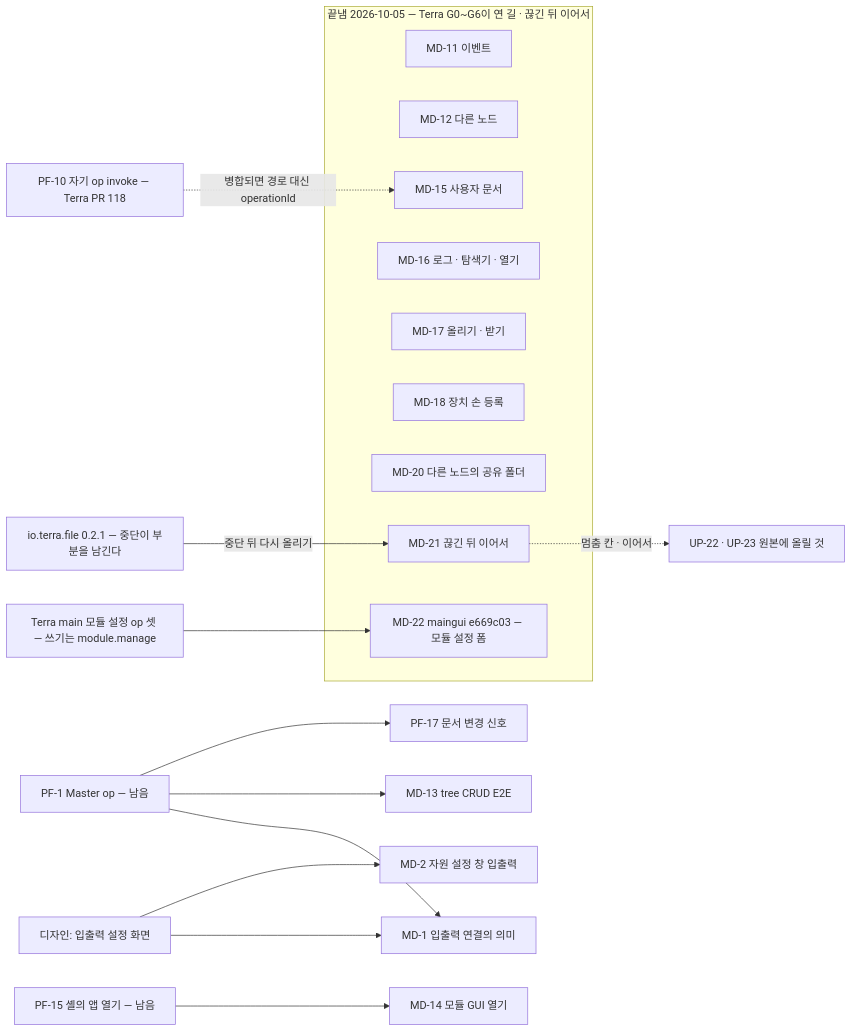
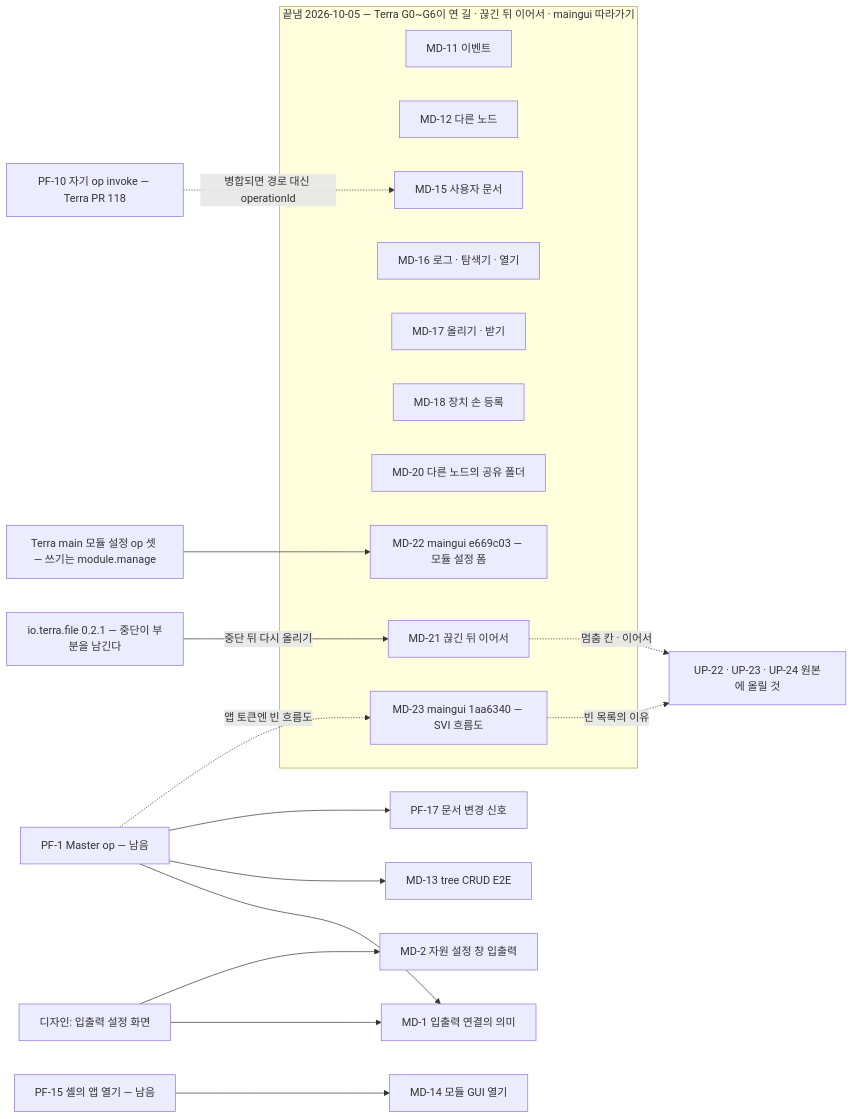
One commit to StellaxiaLab/modules changed the diagram in common/lab.stellaxia.node-gui/web/docs/guides/implementation-backlog.md. Above: the diagram before and after it, drawn with Mermaid. The commit also changed other lines of this file and 8 other files, not shown here.

First line of the commit message:
docs(node-gui): SVI 흐름도(MD-23) · maingui 1aa6340 — 실데이터 층 · 백로그 · 시험 · 연동 문서

````diff
--- a/common/lab.stellaxia.node-gui/web/docs/guides/implementation-backlog.md
+++ b/common/lab.stellaxia.node-gui/web/docs/guides/implementation-backlog.md
@@ -51,24 +52,27 @@
 ```mermaid
 flowchart LR
-  subgraph DONE["끝냄 2026-10-05 — Terra G0~G6이 연 길 · 끊긴 뒤 이어서"]
+  subgraph DONE["끝냄 2026-10-05 — Terra G0~G6이 연 길 · 끊긴 뒤 이어서 · maingui 따라가기"]
     MD11["MD-11 이벤트"]
     MD12["MD-12 다른 노드"]
     MD15["MD-15 사용자 문서"]
     MD16["MD-16 로그 · 탐색기 · 열기"]
     MD17["MD-17 올리기 · 받기"]
     MD18["MD-18 장치 손 등록"]
     MD20["MD-20 다른 노드의 공유 폴더"]
     MD21["MD-21 끊긴 뒤 이어서"]
     MD22["MD-22 maingui e669c03 — 모듈 설정 폼"]
+    MD23["MD-23 maingui 1aa6340 — SVI 흐름도"]
   end
   CFG["Terra main 모듈 설정 op 셋 — 쓰기는 module.manage"] --> MD22
   FILE021["io.terra.file 0.2.1 — 중단이 부분을 남긴다"] -->|"중단 뒤 다시 올리기"| MD21
-  MD21 -.->|"멈춤 칸 · 이어서"| UP22["UP-22 · UP-23 원본에 올릴 것"]
+  MD21 -.->|"멈춤 칸 · 이어서"| UP22["UP-22 · UP-23 · UP-24 원본에 올릴 것"]
+  MD23 -.->|"빈 목록의 이유"| UP22
   PF10["PF-10 자기 op invoke — Terra PR 118"] -.->|"병합되면 경로 대신 operationId"| MD15
   PF1["PF-1 Master op — 남음"] --> MD1["MD-1 입출력 연결의 의미"]
   PF1 --> MD13["MD-13 tree CRUD E2E"]
   PF1 --> PF17["PF-17 문서 변경 신호"]
+  PF1 -.->|"앱 토큰엔 빈 흐름도"| MD23
   PF15["PF-15 셸의 앱 열기 — 남음"] --> MD14["MD-14 모듈 GUI 열기"]
   DES["디자인: 입출력 설정 화면"] --> MD1
   DES --> MD2["MD-2 자원 설정 창 입출력"]
 ```
````
